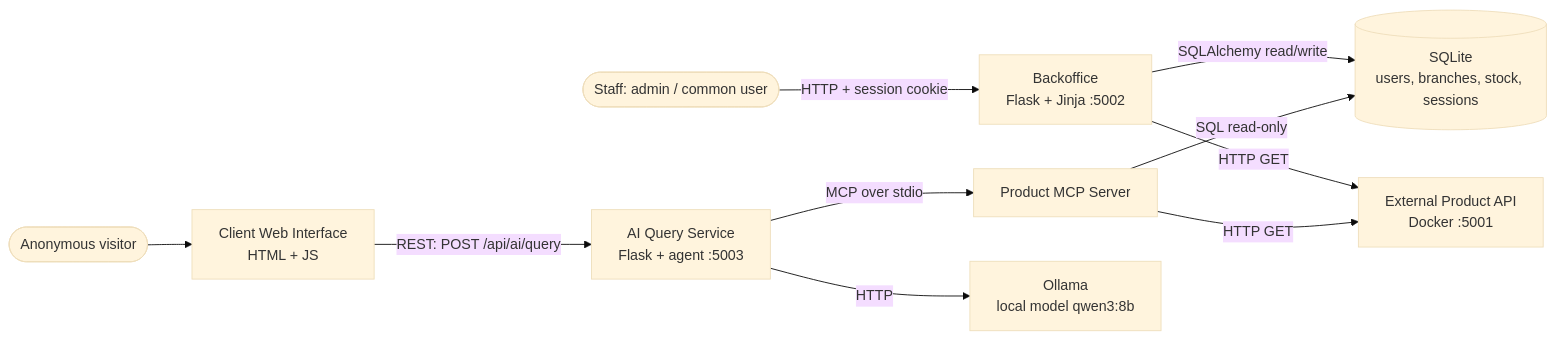
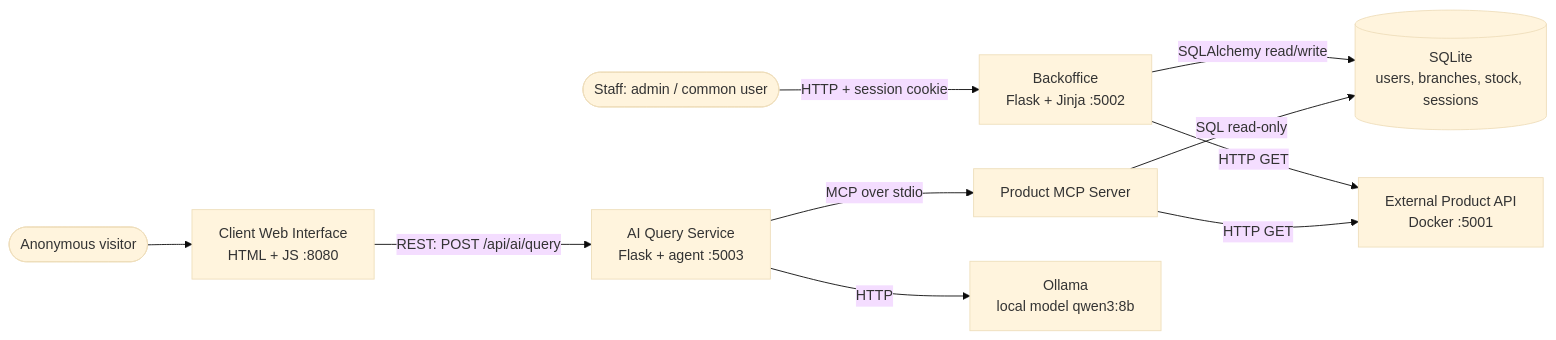
Before and after one commit to The-TO/HBntory_T_T_D: the first of 2 diagrams in docs/architecture.md, drawn with Mermaid (base theme). The commit also changed other lines of this file and 10 other files, not shown here.

````diff
--- a/docs/architecture.md
+++ b/docs/architecture.md
@@ -63,12 +64,12 @@
 ```mermaid
 flowchart LR
     Staff([Staff: admin / common user]) -->|HTTP + session cookie| BO[Backoffice<br>Flask + Jinja :5002]
-    Visitor([Anonymous visitor]) --> CW[Client Web Interface<br>HTML + JS]
+    Visitor([Anonymous visitor]) --> CW[Client Web Interface<br>HTML + JS :8080]
     CW -->|REST: POST /api/ai/query| AI[AI Query Service<br>Flask + agent :5003]
     AI -->|MCP over stdio| MCP[Product MCP Server]
     AI -->|HTTP| LLM[Ollama<br>local model qwen3:8b]
     BO -->|SQLAlchemy read/write| DB[(SQLite<br>users, branches, stock, sessions)]
     MCP -->|SQL read-only| DB
     BO -->|HTTP GET| API[External Product API<br>Docker :5001]
     MCP -->|HTTP GET| API
 ```
````
